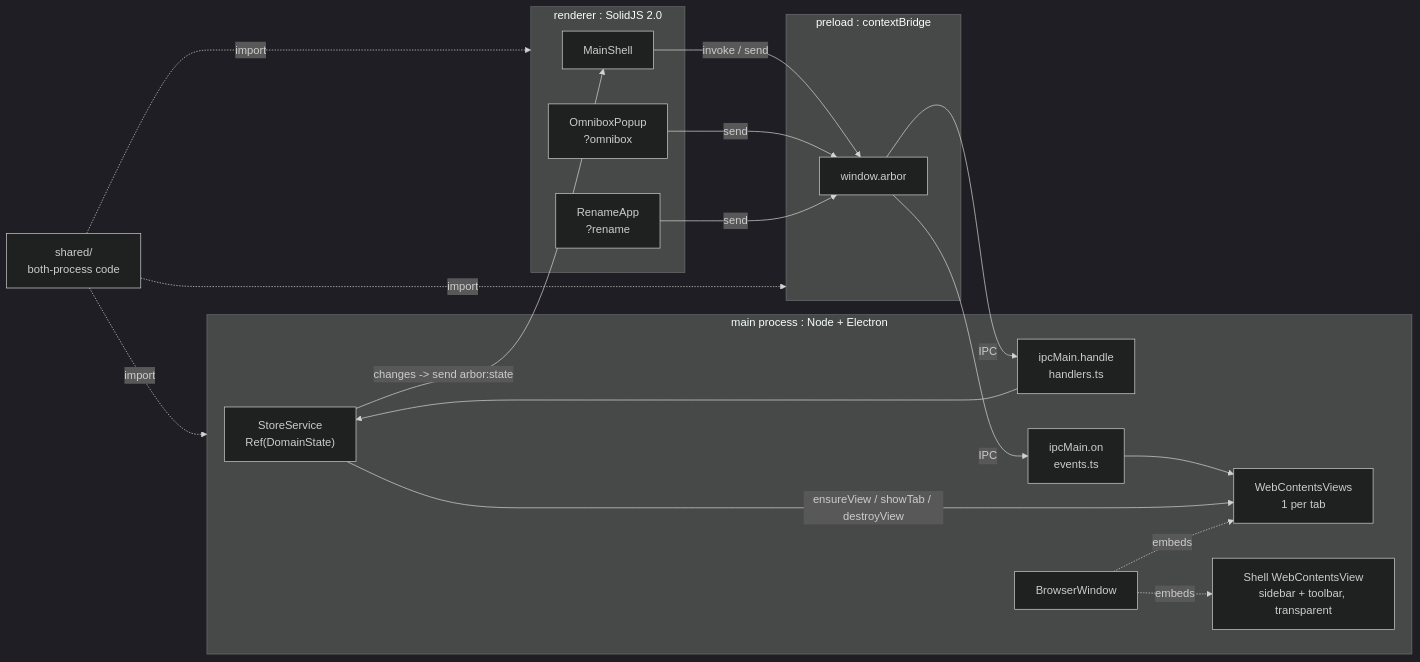
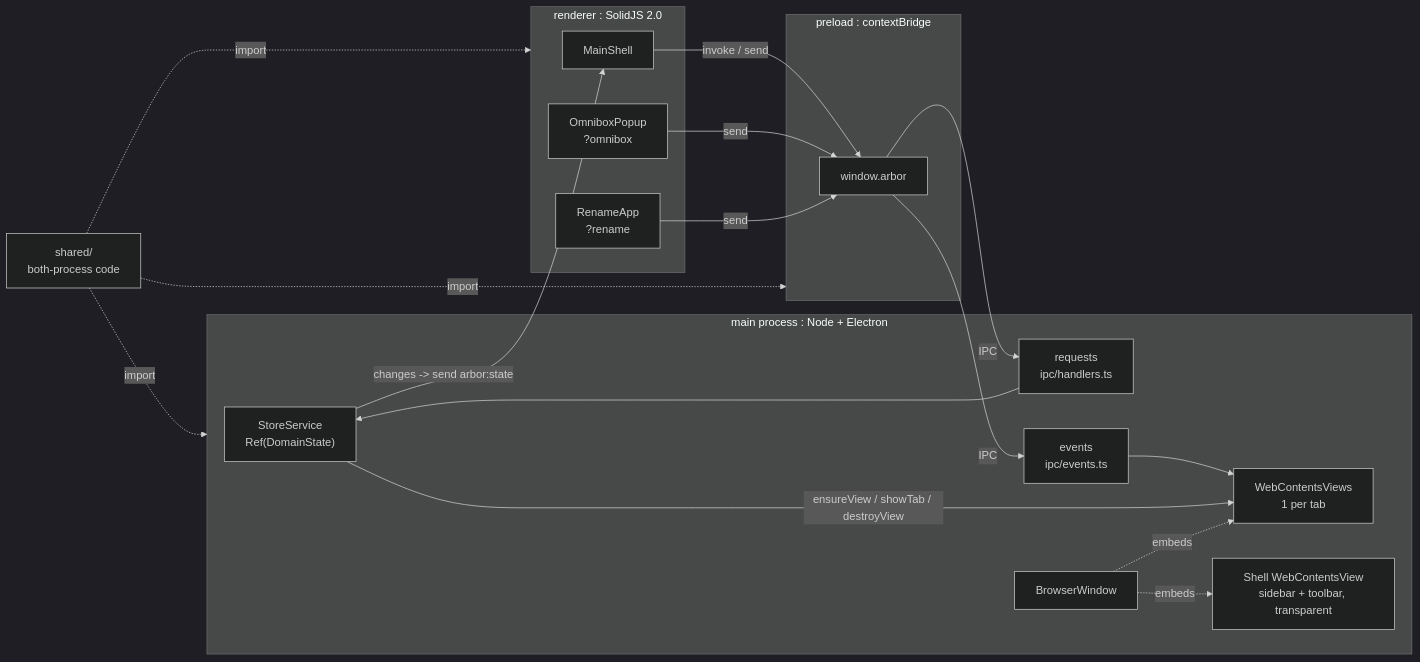
Before and after one commit to rom100main/arbor: the diagram in docs/architecture/README.md, drawn with Mermaid (dark theme). The commit also changed 3 other files, not shown here.

````diff
--- a/docs/architecture/README.md
+++ b/docs/architecture/README.md
@@ -17,35 +17,35 @@
 ```mermaid
 flowchart LR
     subgraph Main["main process : Node + Electron"]
         Store["StoreService<br/>Ref(DomainState)"]
-        IPC_H["ipcMain.handle<br/>handlers.ts"]
-        IPC_E["ipcMain.on<br/>events.ts"]
+        IPC_H["requests<br/>ipc/handlers.ts"]
+        IPC_E["events<br/>ipc/events.ts"]
         Views["WebContentsViews<br/>1 per tab"]
         ShellV["Shell WebContentsView<br/>sidebar + toolbar, transparent"]
         Win["BrowserWindow"]
     end
     subgraph Pre["preload : contextBridge"]
         API["window.arbor"]
     end
     subgraph Ren["renderer : SolidJS 2.0"]
         Shell["MainShell"]
         Omni["OmniboxPopup<br/>?omnibox"]
         Rename["RenameApp<br/>?rename"]
     end
     Shared["shared/<br/>both-process code"]
 
     Shell -->|"invoke / send"| API
     Omni -->|"send"| API
     Rename -->|"send"| API
     API -->|"IPC"| IPC_H
     API -->|"IPC"| IPC_E
     IPC_H --> Store
     IPC_E --> Views
     Store -->|"changes -> send arbor:state"| Shell
     Store -->|"ensureView / showTab / destroyView"| Views
     Win -.->|"embeds"| Views
     Win -.->|"embeds"| ShellV
     Shared -.->|"import"| Main
     Shared -.->|"import"| Pre
     Shared -.->|"import"| Ren
 ```
````
